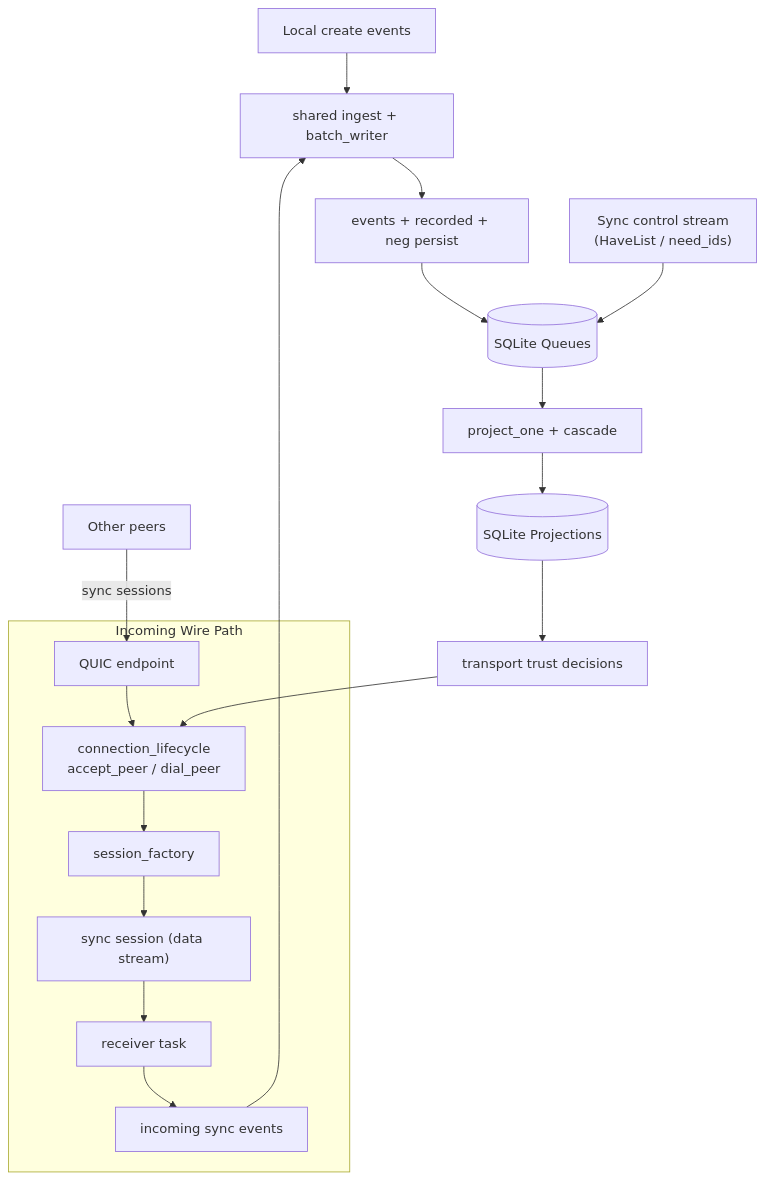
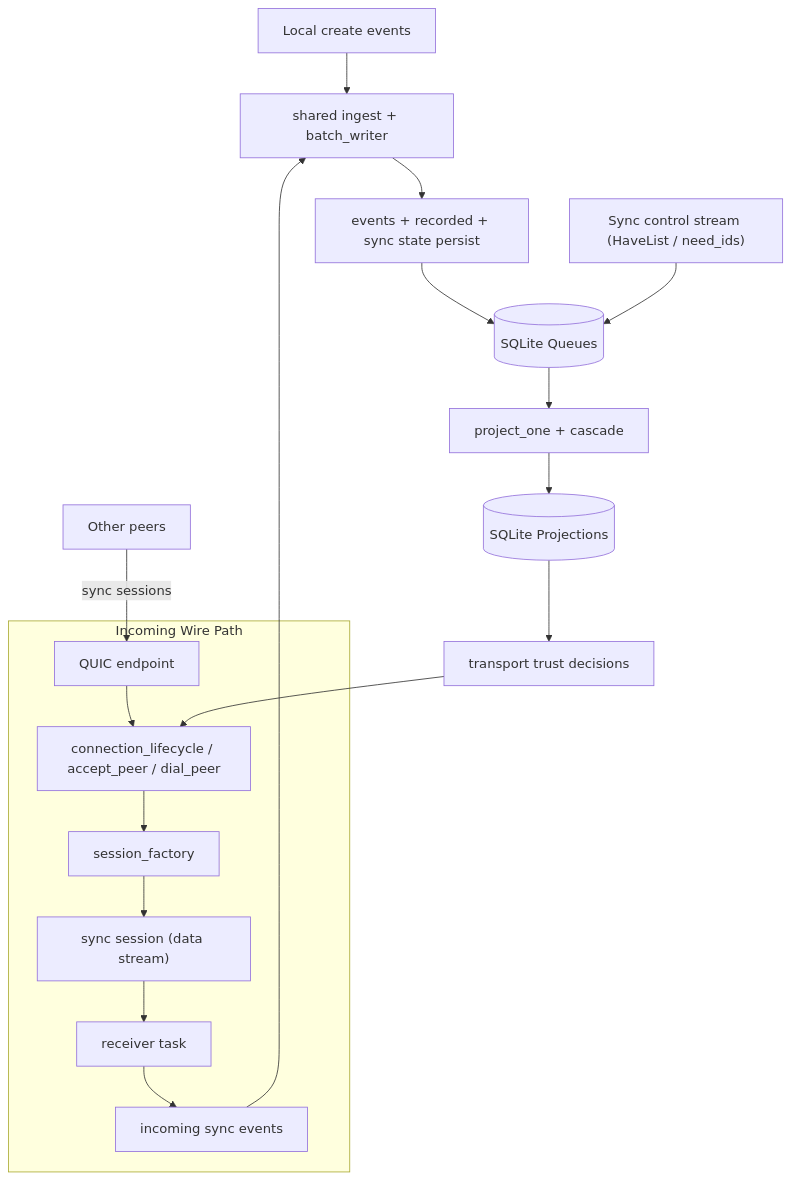
One commit to holmesworcester/topo changed the second of 4 diagrams in docs/CURRENT_RUNTIME_DIAGRAM.md. Above: the diagram before and after it, drawn with Mermaid. The commit also changed other lines of this file, not shown here.

Commit message:
Add control-plane and event-pipeline boundaries to topology diagram

````diff
--- a/docs/CURRENT_RUNTIME_DIAGRAM.md
+++ b/docs/CURRENT_RUNTIME_DIAGRAM.md
@@ -39,23 +39,23 @@
 ```mermaid
 flowchart TD
     LOCAL["Local create events"] --> INGEST["shared ingest + batch_writer"]
     OTHERS["Other peers"] -->|"sync sessions"| EP
 
     subgraph NET["Incoming Wire Path"]
-      EP["QUIC endpoint"] --> LIFE["connection_lifecycle\naccept_peer / dial_peer"]
+      EP["QUIC endpoint"] --> LIFE["connection_lifecycle / accept_peer / dial_peer"]
       LIFE --> FACT["session_factory"]
       FACT --> SESS["sync session (data stream)"]
       SESS --> RECV["receiver task"]
       RECV --> INCOMING["incoming sync events"]
     end
 
     INCOMING --> INGEST
-    INGEST --> STORE["events + recorded + neg persist"]
+    INGEST --> STORE["events + recorded + sync state persist"]
     STORE --> QDB[("SQLite Queues")]
     QDB --> APPLY["project_one + cascade"]
     APPLY --> PDB[("SQLite Projections")]
 
-    CTRL["Sync control stream\n(HaveList / need_ids)"] --> QDB
+    CTRL["Sync control stream (HaveList / need_ids)"] --> QDB
     PDB --> TRUST["transport trust decisions"]
     TRUST --> LIFE
 ```
````
